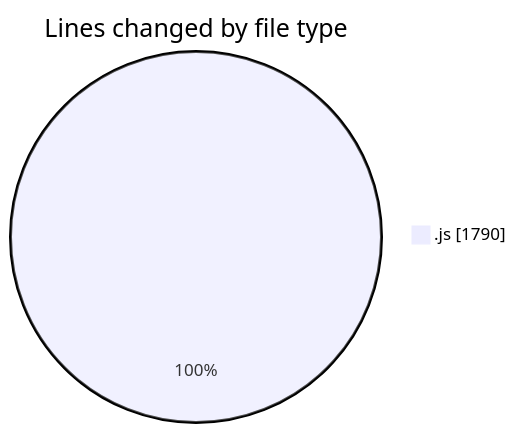
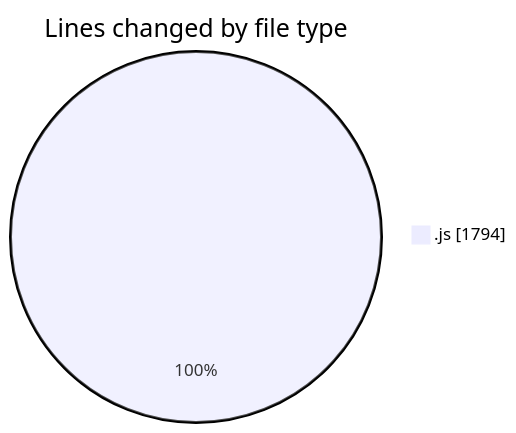
One commit to nxtqubesakshisongat/code-tracking changed the first of 2 diagrams in 2025-09-24/nxtqube_webapp/README.md. Above: the diagram before and after it, drawn with Mermaid. The commit also changed other lines of this file and 1 other file, not shown here.

````diff
--- a/2025-09-24/nxtqube_webapp/README.md
+++ b/2025-09-24/nxtqube_webapp/README.md
@@ -21,5 +21,5 @@
 ```mermaid
 pie showData
 title Lines changed by file type
-".js" : 1790
+".js" : 1794
 ```
````
